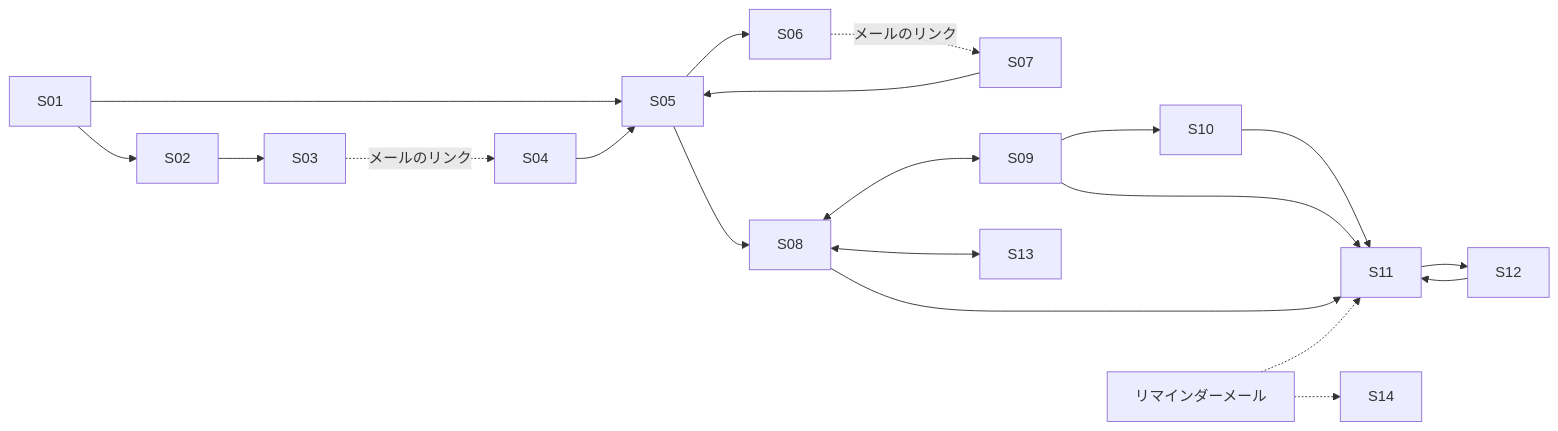
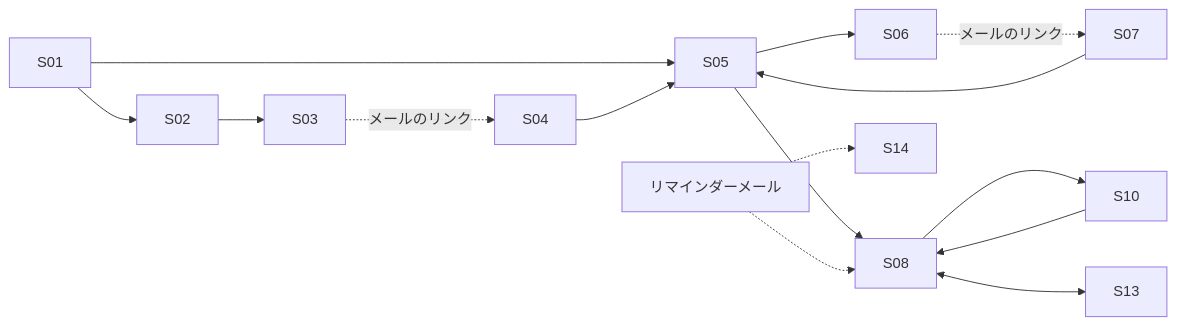
Before and after one commit to koume21/subscription-manager: the diagram in docs/08_frontend.md, drawn with Mermaid. The commit also changed other lines of this file and 7 other files, not shown here.

````diff
--- a/docs/08_frontend.md
+++ b/docs/08_frontend.md
@@ -25,15 +24,12 @@
 ```mermaid
 flowchart LR
   S01 --> S05
   S01 --> S02 --> S03
   S03 -. メールのリンク .-> S04 --> S05
   S05 --> S06 -. メールのリンク .-> S07 --> S05
   S05 --> S08
-  S08 <--> S09
-  S09 --> S10 --> S11
-  S09 --> S11 --> S12 --> S11
-  S08 --> S11
+  S08 --> S10 --> S08
   S08 <--> S13
-  MAIL[リマインダーメール] -.-> S11
+  MAIL[リマインダーメール] -.-> S08
   MAIL -.-> S14
 ```
````
